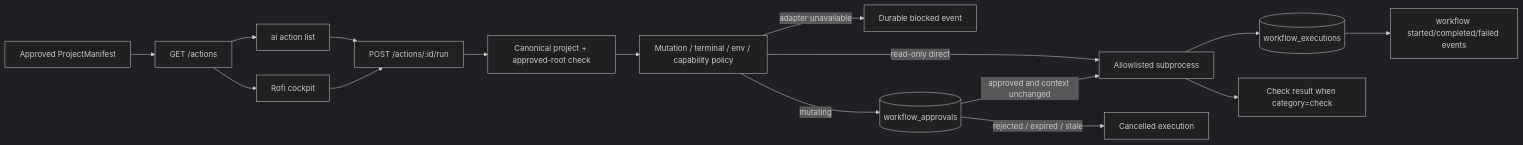
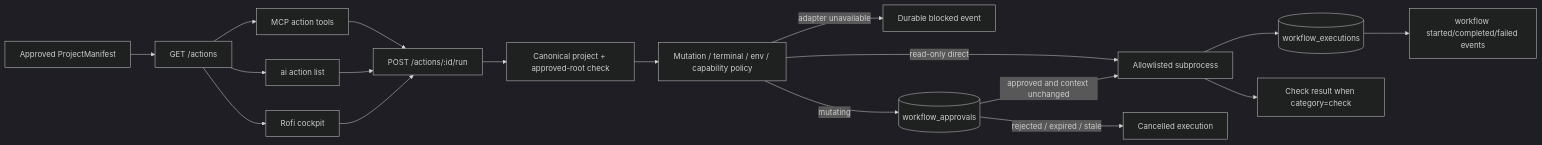
One commit to namikofficial/ai changed the diagram in docs/WORKFLOW_EXECUTION.md. Above: the diagram before and after it, drawn with Mermaid (dark theme). The commit also changed other lines of this file and 4 other files, not shown here.

Commit message:
feat: enhance MCP workflow tools to enforce project scope and prevent self-approval

````diff
--- a/docs/WORKFLOW_EXECUTION.md
+++ b/docs/WORKFLOW_EXECUTION.md
@@ -13,18 +13,20 @@
 ```mermaid
 flowchart LR
   Manifest[Approved ProjectManifest] --> Actions[GET /actions]
   Actions --> Rofi[Rofi cockpit]
   Actions --> CLI[ai action list]
+  Actions --> MCP[MCP action tools]
   Rofi --> Run[POST /actions/:id/run]
   CLI --> Run
+  MCP --> Run
   Run --> Scope[Canonical project + approved-root check]
   Scope --> Policy[Mutation / terminal / env / capability policy]
   Policy -->|adapter unavailable| Audit[Durable blocked event]
   Policy -->|mutating| Approval[(workflow_approvals)]
   Approval -->|approved and context unchanged| Exec
   Approval -->|rejected / expired / stale| Cancelled[Cancelled execution]
   Policy -->|read-only direct| Exec[Allowlisted subprocess]
   Exec --> DB[(workflow_executions)]
   Exec --> Check[Check result when category=check]
   DB --> Events[workflow started/completed/failed events]
 ```
````
